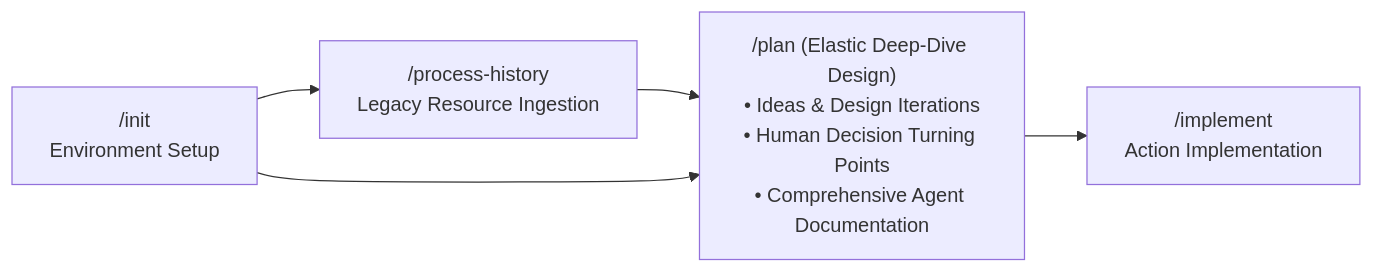
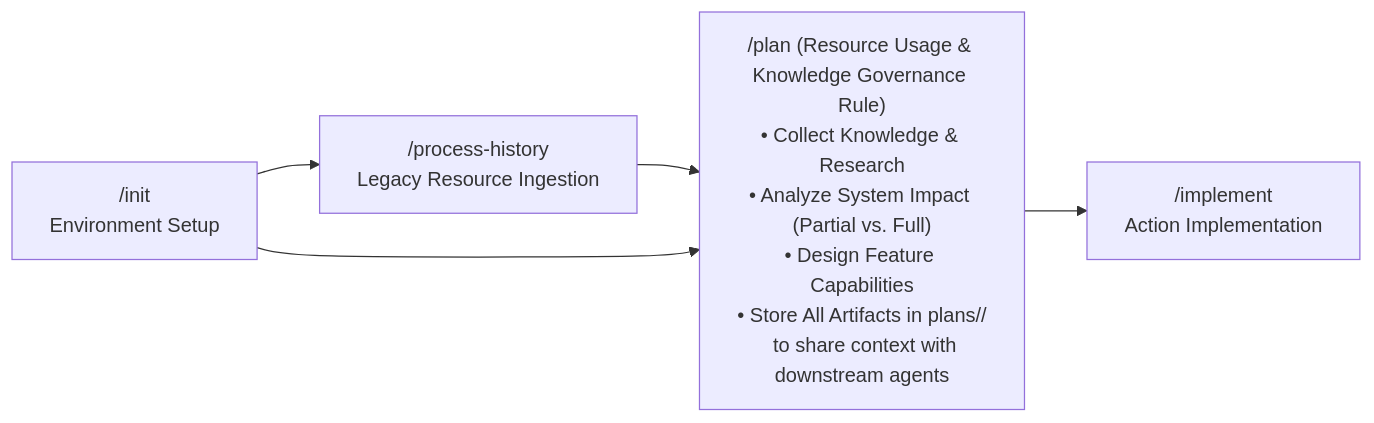
Before and after one commit to hrvthgergo/agent-driven-templates: the first of 3 diagrams in fullstack_software_dev/plan/plan_workflow.md, drawn with Mermaid. The commit also changed other lines of this file, not shown here.

Commit message:
docs(plan): define /plan as resource usage rule, initial summary start, and affected system Q&A

````diff
--- a/fullstack_software_dev/plan/plan_workflow.md
+++ b/fullstack_software_dev/plan/plan_workflow.md
@@ -11,7 +11,7 @@
 ```mermaid
 graph LR
     Init["/init<br/>Environment Setup"] --> ProcHist["/process-history<br/>Legacy Resource Ingestion"]
-    ProcHist --> Plan["/plan (Elastic Deep-Dive Design)<br/>• Ideas & Design Iterations<br/>• Human Decision Turning Points<br/>• Comprehensive Agent Documentation"]
+    ProcHist --> Plan["/plan (Resource Usage & Knowledge Governance Rule)<br/>• Collect Knowledge & Research<br/>• Analyze System Impact (Partial vs. Full)<br/>• Design Feature Capabilities<br/>• Store All Artifacts in plans/<feature-name>/<br/>  to share context with downstream agents"]
     Init --> Plan
     Plan --> Implement["/implement<br/>Action Implementation"]
 ```
````
